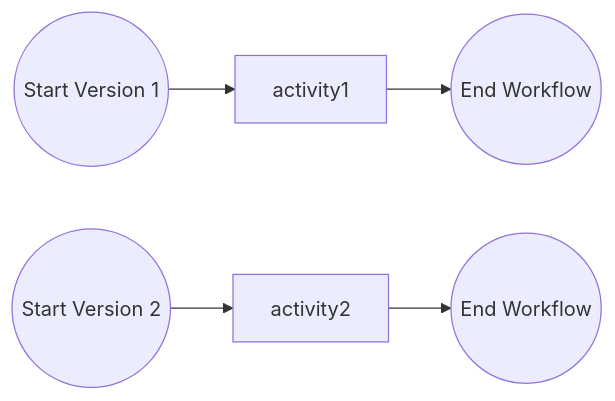
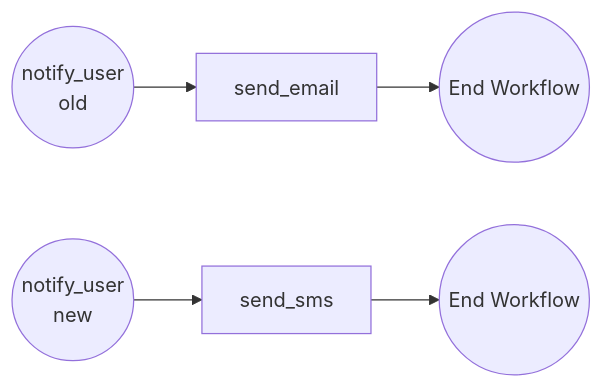
The second of 3 diagrams in tutorials/workflow/python/versioning/README.md (dapr/quickstarts), drawn with Mermaid before and after one commit. The commit also changed other lines of this file and 9 other files, not shown here.

````diff
--- a/tutorials/workflow/python/versioning/README.md
+++ b/tutorials/workflow/python/versioning/README.md
@@ -30,13 +23,13 @@
 ```mermaid
 graph LR
-   SW1((Start Version 1))
-   SW2((Start Version 2))
-   A1[activity1]
-   A2[activity2]
+   SW1((notify_user
+   old))
+   SW2((notify_user
+   new))
+   SE[send_email]
+   SS[send_sms]
    EW1((End Workflow))
    EW2((End Workflow))
-   SW1 --> A1
-   SW2 --> A2
-   A1 --> EW1
-   A2 --> EW2
+   SW1 --> SE --> EW1
+   SW2 --> SS --> EW2
 ```
````
